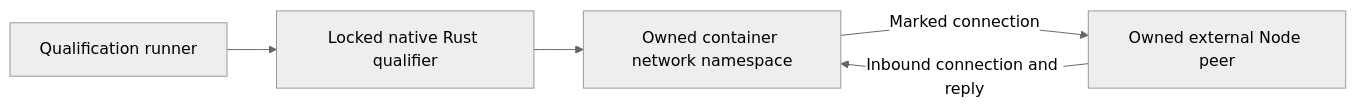
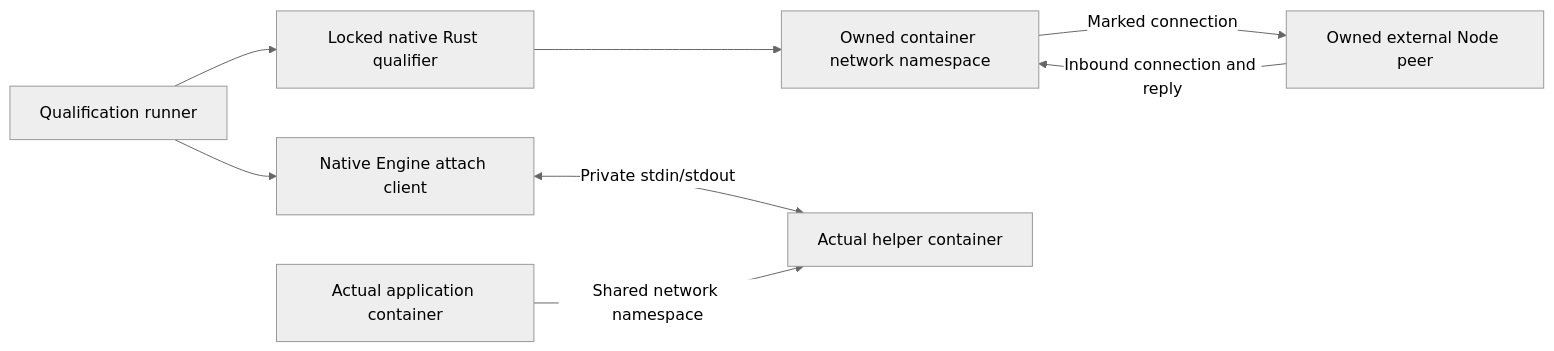
Before and after one commit to crabbuild/cellar: the diagram in tools/sandbox/egress/README.md, drawn with Mermaid (neutral theme). The commit also changed other lines of this file and 12 other files, not shown here.

First line of the commit message:
feat: attach network helpers by Engine ID

````diff
--- a/tools/sandbox/egress/README.md
+++ b/tools/sandbox/egress/README.md
@@ -9,7 +10,10 @@
 ```mermaid
 flowchart LR
     Runner[Qualification runner] --> Build[Locked native Rust qualifier]
     Build --> Namespace[Owned container network namespace]
     Namespace -->|Marked connection| Peer[Owned external Node peer]
     Peer -->|Inbound connection and reply| Namespace
+    Runner --> Host[Native Engine attach client]
+    Host <-->|Private stdin/stdout| Helper[Actual helper container]
+    App[Actual application container] -->|Shared network namespace| Helper
 ```
````
